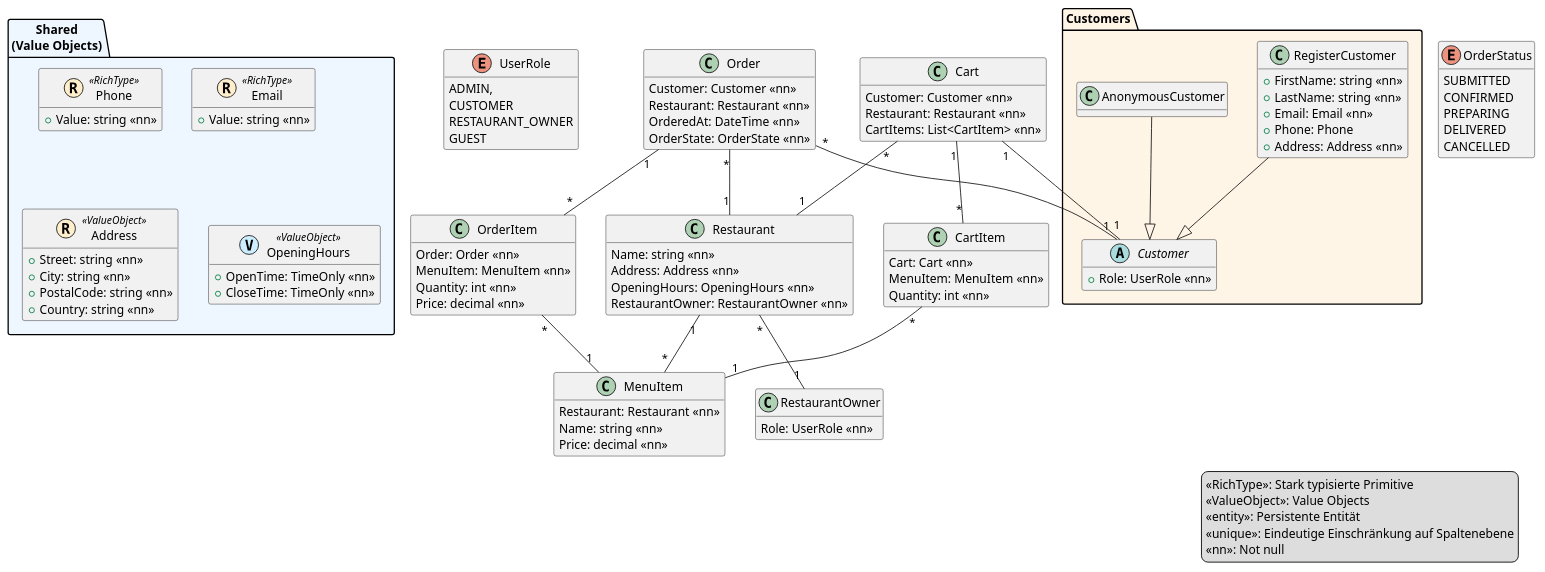
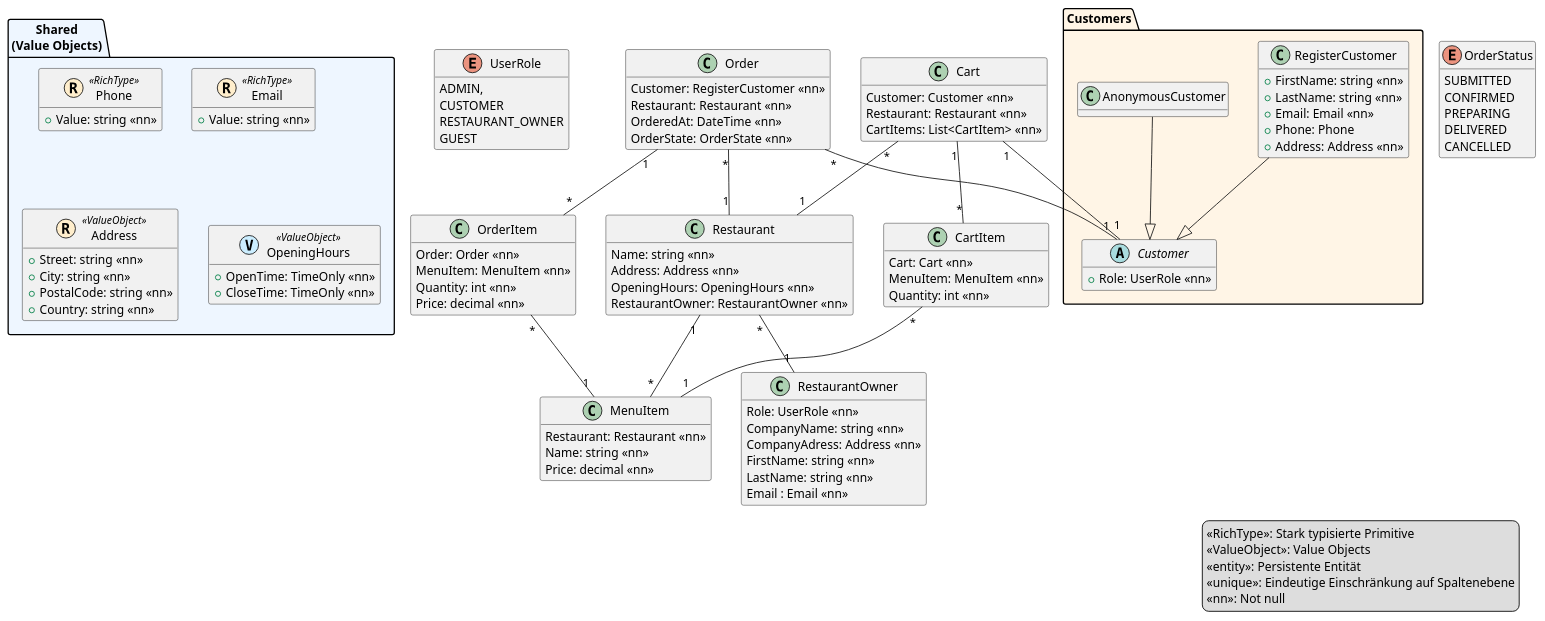
Before and after one commit to rw-dalai/spengerbite-api-6baif: the diagram in model.puml, drawn with PlantUML.

Commit message:
feat: pre-final puml

```diff
--- a/model.puml
+++ b/model.puml
@@ -1,146 +1,149 @@
 @startuml
 ' ---- Layout & Stil ----
 hide empty methods
  
 ' ---- Legende ----
 legend right
 <<RichType>>: Stark typisierte Primitive
 <<ValueObject>>: Value Objects
 <<entity>>: Persistente Entität
 <<unique>>: Eindeutige Einschränkung auf Spaltenebene
 <<nn>>: Not null
 endlegend
  
 ' ===================== Packages =====================
 
 package "Shared\n(Value Objects)" as P_Shared #EEF6FF {
  
   class Phone << (R,#FFEECC) RichType >> {
     +Value: string <<nn>>
   }
   
   class Email << (R,#FFEECC) RichType >> {
     +Value: string <<nn>>
   }
   
   class Address << (R,#FFEECC) ValueObject >> {
     +Street: string <<nn>>
     +City: string <<nn>>
     +PostalCode: string <<nn>>
     +Country: string <<nn>>
   }
   
   class OpeningHours << (V,#CCEEFF) ValueObject >> {
     +OpenTime: TimeOnly <<nn>>
     +CloseTime: TimeOnly <<nn>>
   }
 }
 
 enum UserRole {
   ADMIN,
   CUSTOMER
   RESTAURANT_OWNER
   GUEST
 }
 
 package "Customers" as P_Customers #FFF5E6 {
 
     abstract class Customer {
       +Role: UserRole <<nn>>
     }
     
     class RegisterCustomer {
       +FirstName: string <<nn>>
       +LastName: string <<nn>>
       +Email: Email <<nn>>
       +Phone: Phone
       +Address: Address <<nn>>
       '+Addresses: List<Address> <<nn>>
     }
     
     class AnonymousCustomer {
     }
 }
 
-
-
 class RestaurantOwner {
   Role: UserRole <<nn>>
+  CompanyName: string <<nn>>
+  CompanyAdress: Address <<nn>>
+  FirstName: string <<nn>>
+  LastName: string <<nn>>
+  Email : Email <<nn>>
 }
 
 enum OrderStatus {
   SUBMITTED
   CONFIRMED
   PREPARING
   DELIVERED
   CANCELLED
 }
 
 class Order {
-  Customer: Customer <<nn>>
+  Customer: RegisterCustomer <<nn>>
   Restaurant: Restaurant <<nn>>
   OrderedAt: DateTime <<nn>>
   OrderState: OrderState <<nn>>
 }
 
 class OrderItem {
   Order: Order <<nn>>
   MenuItem: MenuItem <<nn>>
   Quantity: int <<nn>>
   Price: decimal <<nn>>
 }
 
 class Restaurant {
   Name: string <<nn>>
   Address: Address <<nn>>
   OpeningHours: OpeningHours <<nn>>
   RestaurantOwner: RestaurantOwner <<nn>>
 }
 
 class MenuItem {
   Restaurant: Restaurant <<nn>>
   Name: string <<nn>>
   Price: decimal <<nn>>
 }
 
 class Cart {
    Customer: Customer <<nn>>
    Restaurant: Restaurant <<nn>>
    CartItems: List<CartItem> <<nn>>
 }
 
 class CartItem {
    Cart: Cart <<nn>>
    MenuItem: MenuItem <<nn>>
    Quantity: int <<nn>>
 }
 
 
 'Beziehungen
 
 
 ' ===================== Beziehungen =====================
 
 RegisterCustomer --|> Customer
 AnonymousCustomer --|> Customer
 
 Order "*" -- "1" Customer
 Order "*" -- "1" Restaurant
 Order "1" -- "*" OrderItem
 
 OrderItem "*" -- "1" MenuItem
 
 Restaurant "1" -- "*" MenuItem
 Restaurant "*" -- "1" RestaurantOwner
 
 Cart "1" -- "1" Customer
 Cart "*" -- "1" Restaurant
 Cart "1" -- "*" CartItem
 
 CartItem "*" -- "1" MenuItem
 
 
 
 
 
 @enduml
```
